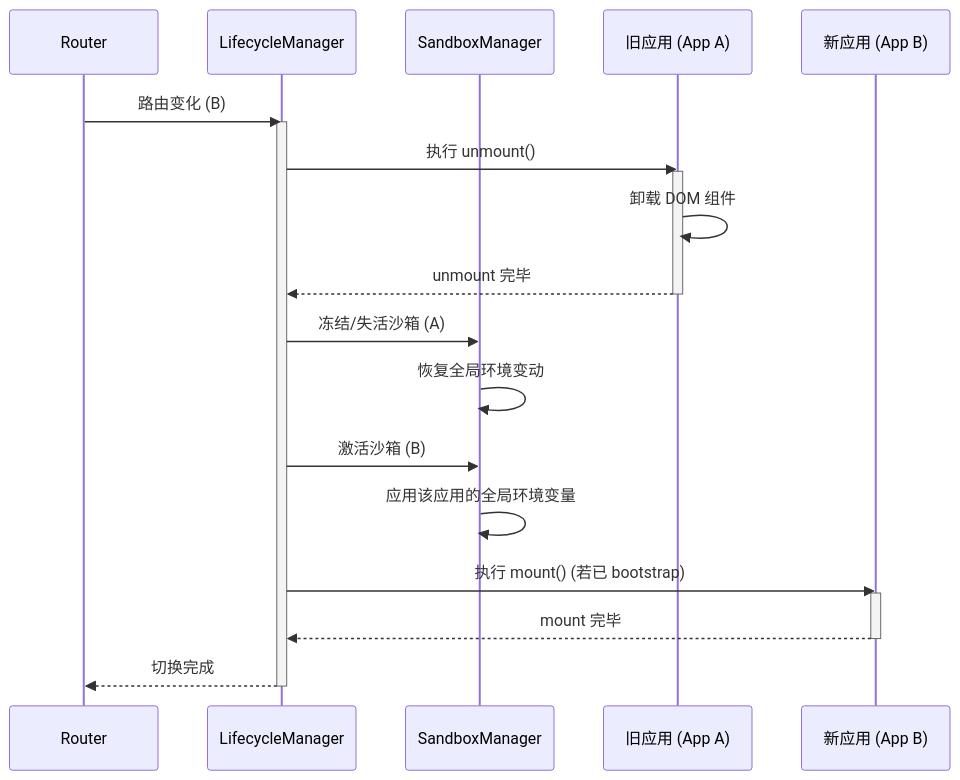
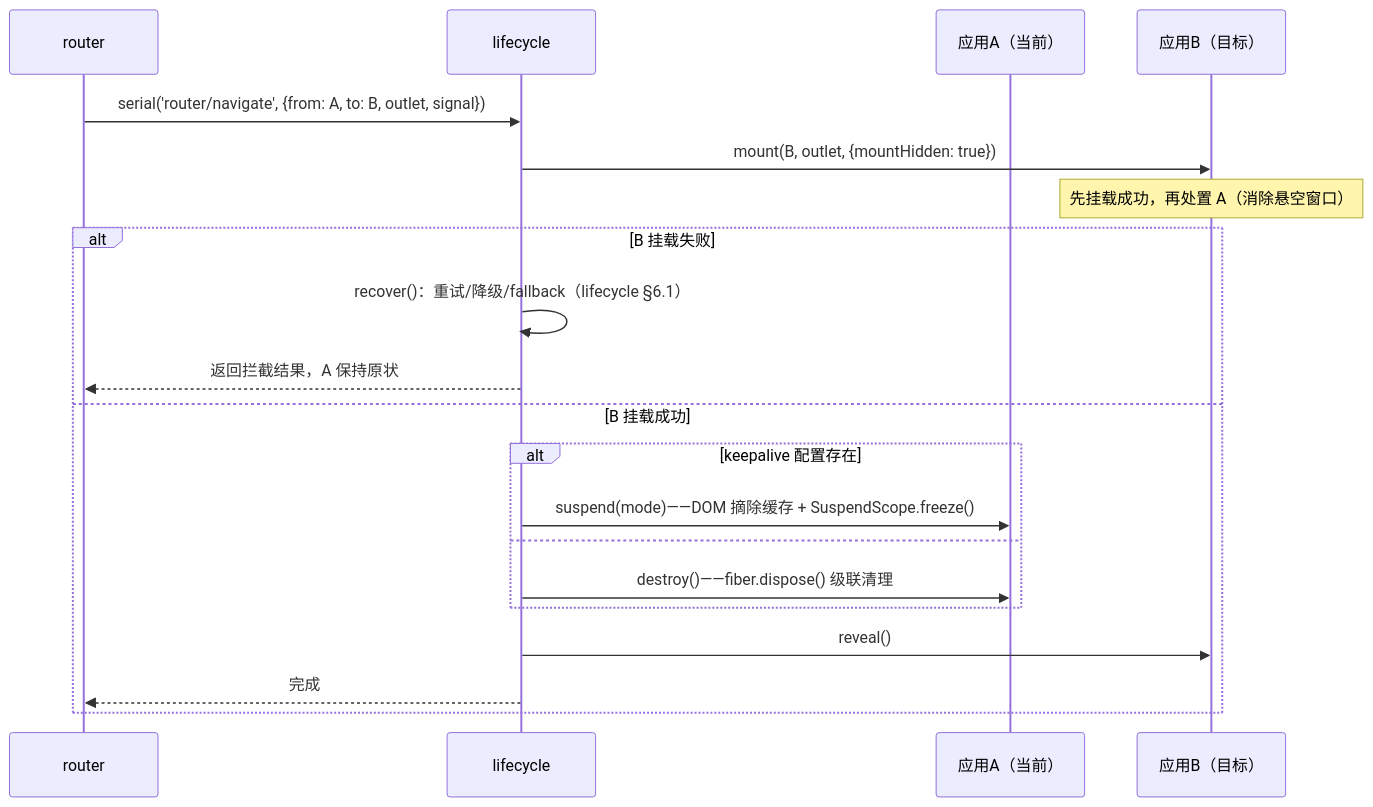
One commit to YvYuYv/taixu changed the third of 6 diagrams in module-interaction.md. Above: the diagram before and after it, drawn with Mermaid. The commit also changed other lines of this file and 12 other files, not shown here.

````diff
--- a/module-interaction.md
+++ b/module-interaction.md
@@ -101,32 +86,23 @@
 ```mermaid
 sequenceDiagram
-    participant R as Router
-    participant LM as LifecycleManager
-    participant SM as SandboxManager
-    participant OldApp as 旧应用 (App A)
-    participant NewApp as 新应用 (App B)
+    participant R as router
+    participant L as lifecycle
+    participant A as 应用A（当前）
+    participant B as 应用B（目标）
 
-    R->>LM: 路由变化 (B)
-    activate LM
-    
-    %% 卸载旧应用
-    LM->>OldApp: 执行 unmount()
-    activate OldApp
-    OldApp->>OldApp: 卸载 DOM 组件
-    OldApp-->>LM: unmount 完毕
-    deactivate OldApp
-
-    LM->>SM: 冻结/失活沙箱 (A)
-    SM->>SM: 恢复全局环境变动
-
-    %% 激活新应用
-    LM->>SM: 激活沙箱 (B)
-    SM->>SM: 应用该应用的全局环境变量
-    LM->>NewApp: 执行 mount() (若已 bootstrap)
-    activate NewApp
-    NewApp-->>LM: mount 完毕
-    deactivate NewApp
-
-    LM-->>R: 切换完成
-    deactivate LM
+    R->>L: serial('router/navigate', {from: A, to: B, outlet, signal})
+    L->>B: mount(B, outlet, {mountHidden: true})
+    Note over B: 先挂载成功，再处置 A（消除悬空窗口）
+    alt B 挂载失败
+        L->>L: recover()：重试/降级/fallback（lifecycle §6.1）
+        L-->>R: 返回拦截结果，A 保持原状
+    else B 挂载成功
+        alt keepalive 配置存在
+            L->>A: suspend(mode)——DOM 摘除缓存 + SuspendScope.freeze()
+        else
+            L->>A: destroy()——fiber.dispose() 级联清理
+        end
+        L->>B: reveal()
+        L-->>R: 完成
+    end
 ```
````
